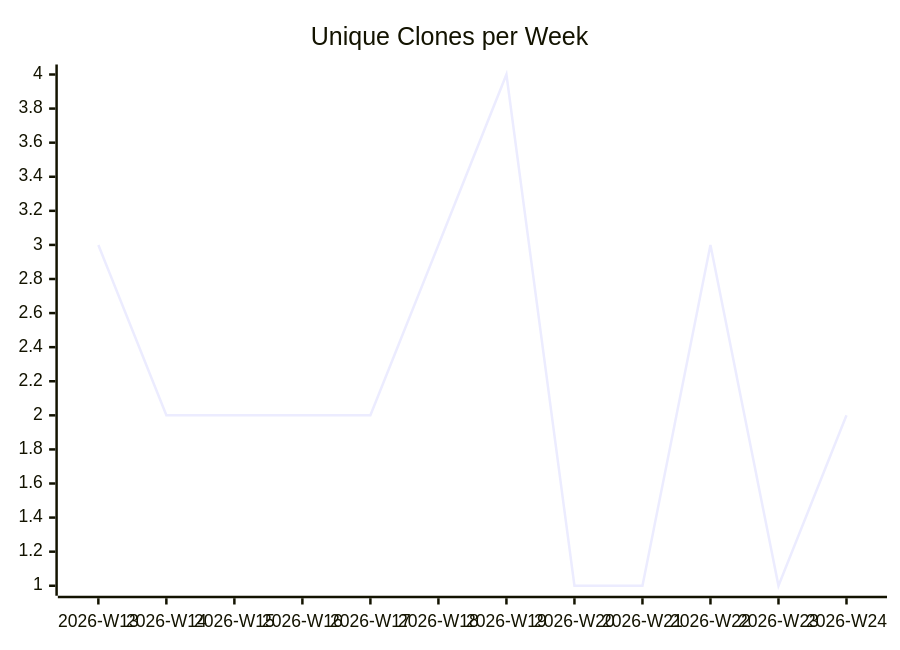
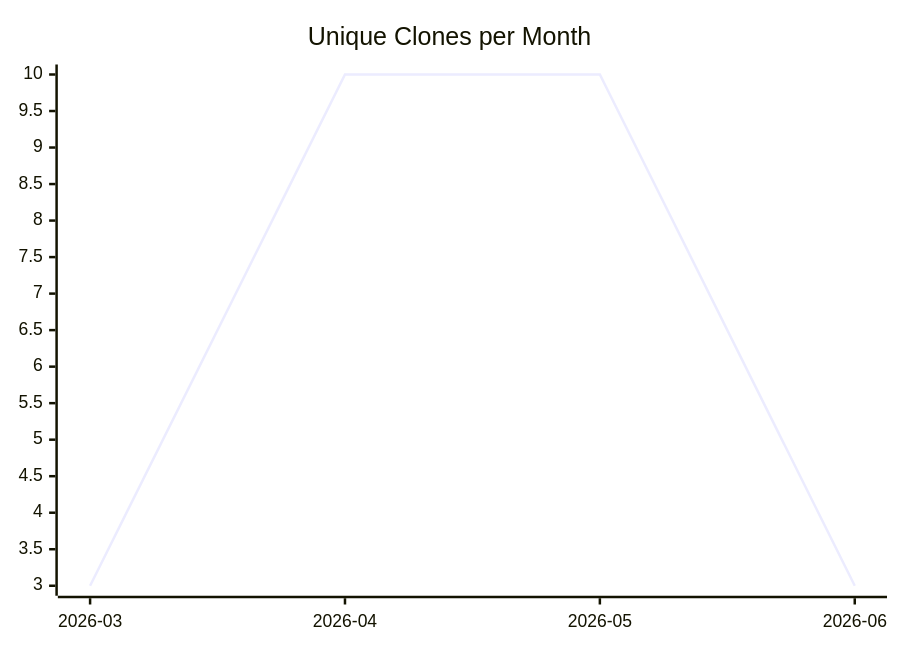
The third of 3 diagrams in karlmdavis/can-i-kayak-baltimore/README.md (justdavis-family/github-analytics-data), drawn with Mermaid before and after one commit. The commit also changed other lines of this file and 198 other files, not shown here.

````diff
--- a/karlmdavis/can-i-kayak-baltimore/README.md
+++ b/karlmdavis/can-i-kayak-baltimore/README.md
@@ -19,6 +19,6 @@
 ```mermaid
 xychart-beta
-  title "Unique Clones per Week"
-  x-axis ["2026-W13", "2026-W14", "2026-W15", "2026-W16", "2026-W17", "2026-W18", "2026-W19", "2026-W20", "2026-W21", "2026-W22", "2026-W23", "2026-W24"]
-  line [3, 2, 2, 2, 2, 3, 4, 1, 1, 3, 1, 2]
+  title "Unique Clones per Month"
+  x-axis ["2026-03", "2026-04", "2026-05", "2026-06"]
+  line [3, 10, 10, 3]
 ```
````
